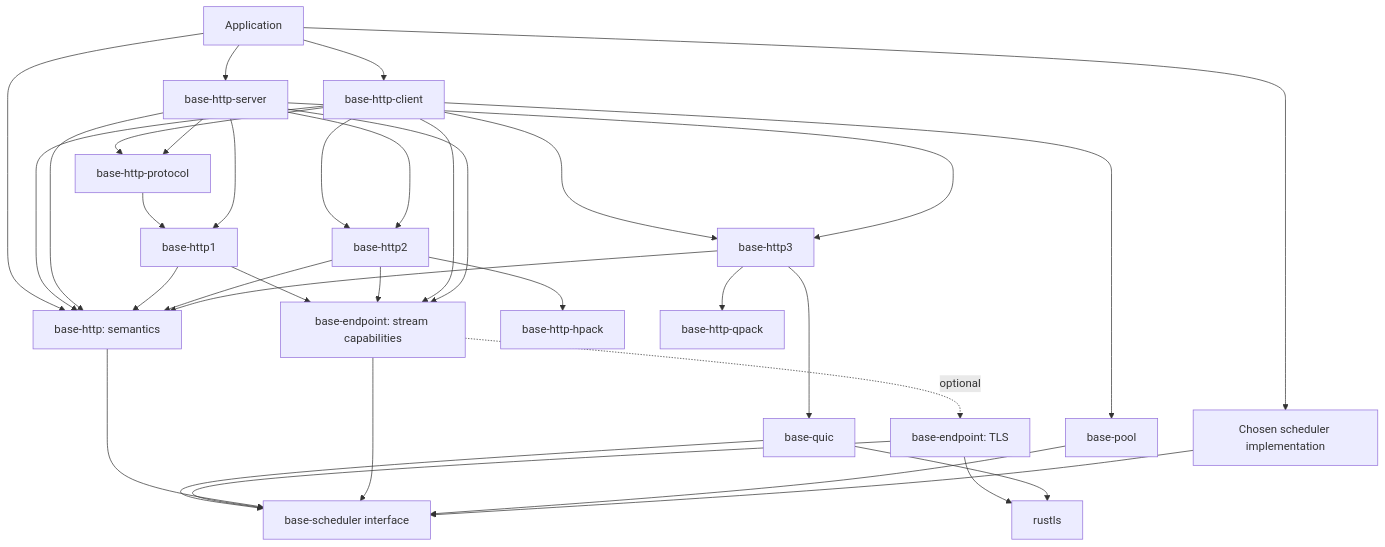
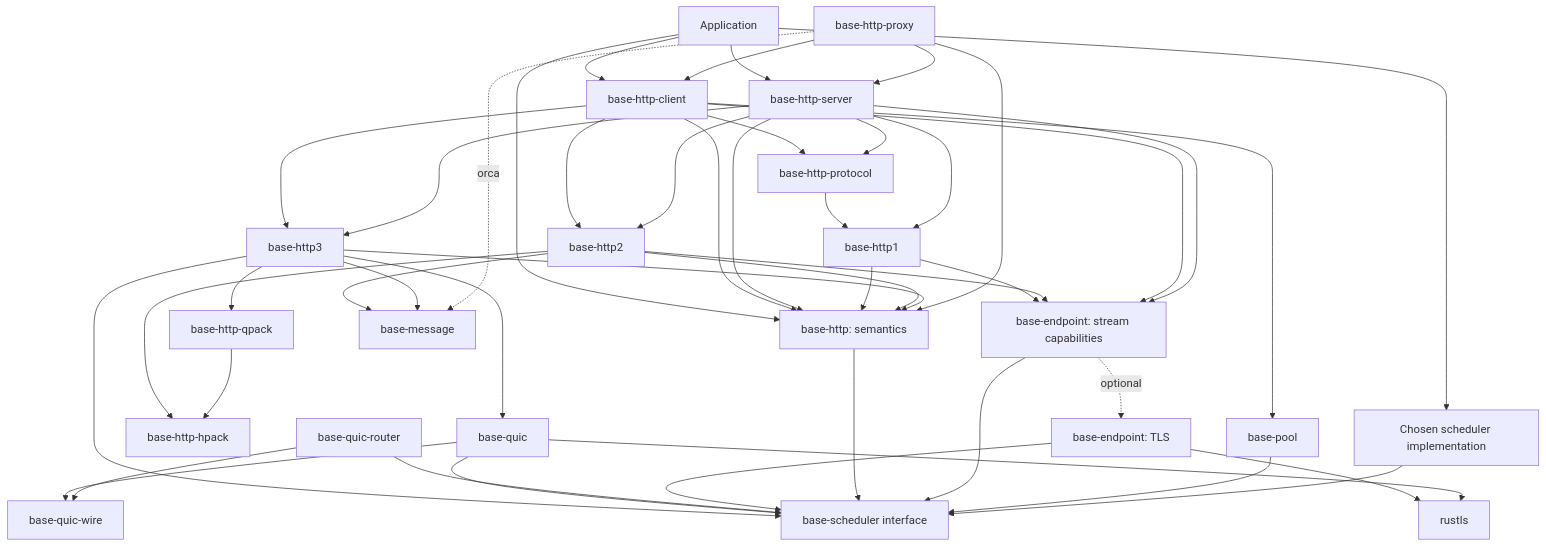
Before and after one commit to base-rs/base-http: the diagram in design/proposal.md, drawn with Mermaid. The commit also changed other lines of this file and 13 other files, not shown here.

First line of the commit message:
Add the HTTP/2, HTTP/3, stateless QUIC routing, load balancer, protocol switching and middleware design requirements. (#75)

````diff
--- a/design/proposal.md
+++ b/design/proposal.md
@@ -79,37 +82,48 @@
 ```mermaid
 flowchart TD
     APP[Application] --> CLIENT[base-http-client]
     APP --> SERVER[base-http-server]
     APP --> SEM[base-http: semantics]
     CLIENT --> SEM
     SERVER --> SEM
     CLIENT --> NEG[base-http-protocol]
     SERVER --> NEG
     NEG --> H1[base-http1]
     CLIENT --> H2[base-http2]
     CLIENT --> H3[base-http3]
     SERVER --> H1
     SERVER --> H2
     SERVER --> H3
     H1 --> SEM
     H2 --> SEM
     H3 --> SEM
     CLIENT --> POOL[base-pool]
     H1 --> IO[base-endpoint: stream capabilities]
     H2 --> IO
     H2 --> HPACK[base-http-hpack]
     H3 --> QPACK[base-http-qpack]
     H3 --> QUIC[base-quic]
+    H3 --> SCHED
+    QPACK --> HPACK
+    H2 --> MSG[base-message]
+    H3 --> MSG
+    PROXY[base-http-proxy] --> CLIENT
+    PROXY --> SERVER
+    PROXY --> SEM
+    PROXY -. orca .-> MSG
     CLIENT --> IO
     SERVER --> IO
     IO -. optional .-> TLS[base-endpoint: TLS]
     TLS --> RUSTLS[rustls]
     QUIC --> RUSTLS
     QUIC --> SCHED
+    QUIC --> WIRE[base-quic-wire]
+    ROUTER[base-quic-router] --> WIRE
+    ROUTER --> SCHED
     TLS --> SCHED
     SEM --> SCHED[base-scheduler interface]
     IO --> SCHED
     POOL --> SCHED
     APP --> BACKEND[Chosen scheduler implementation]
     BACKEND --> SCHED
 ```
````
